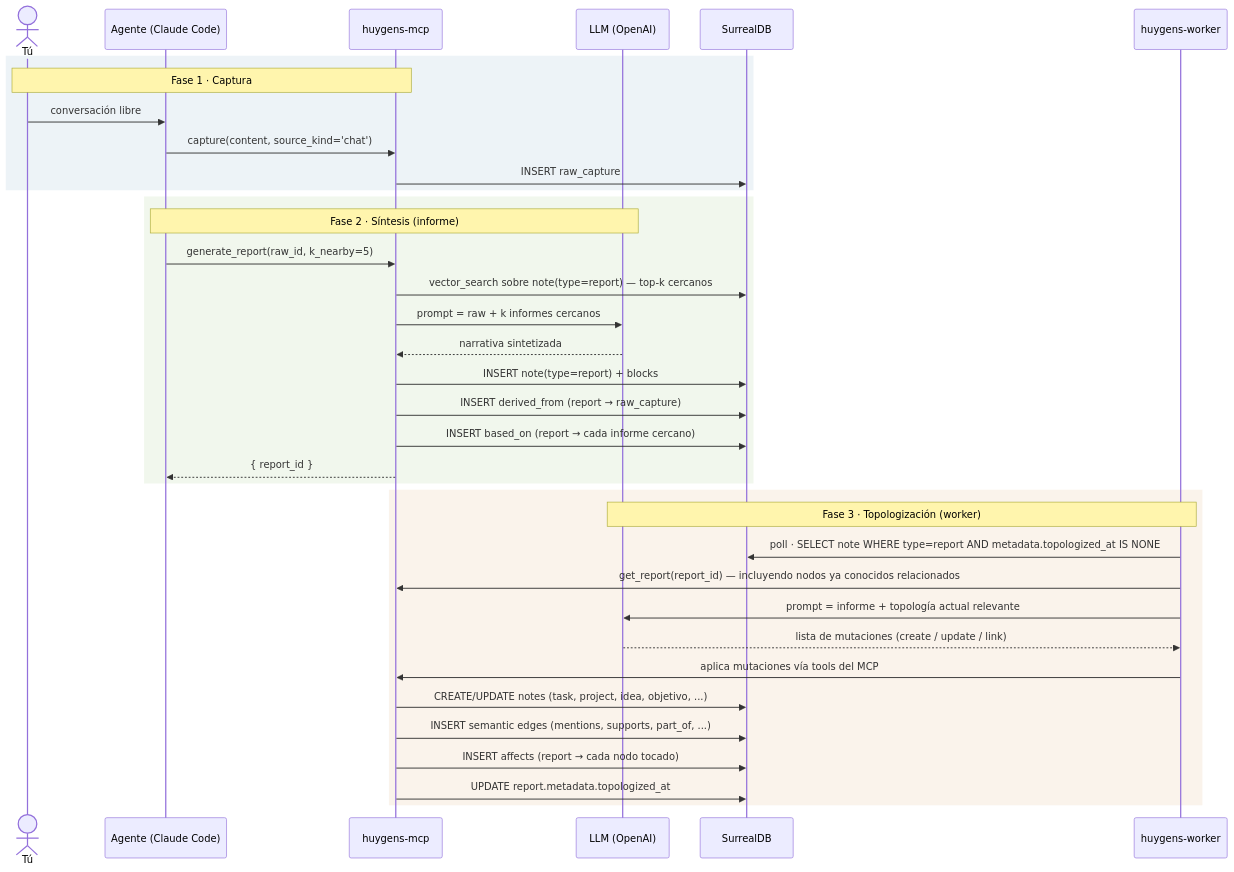
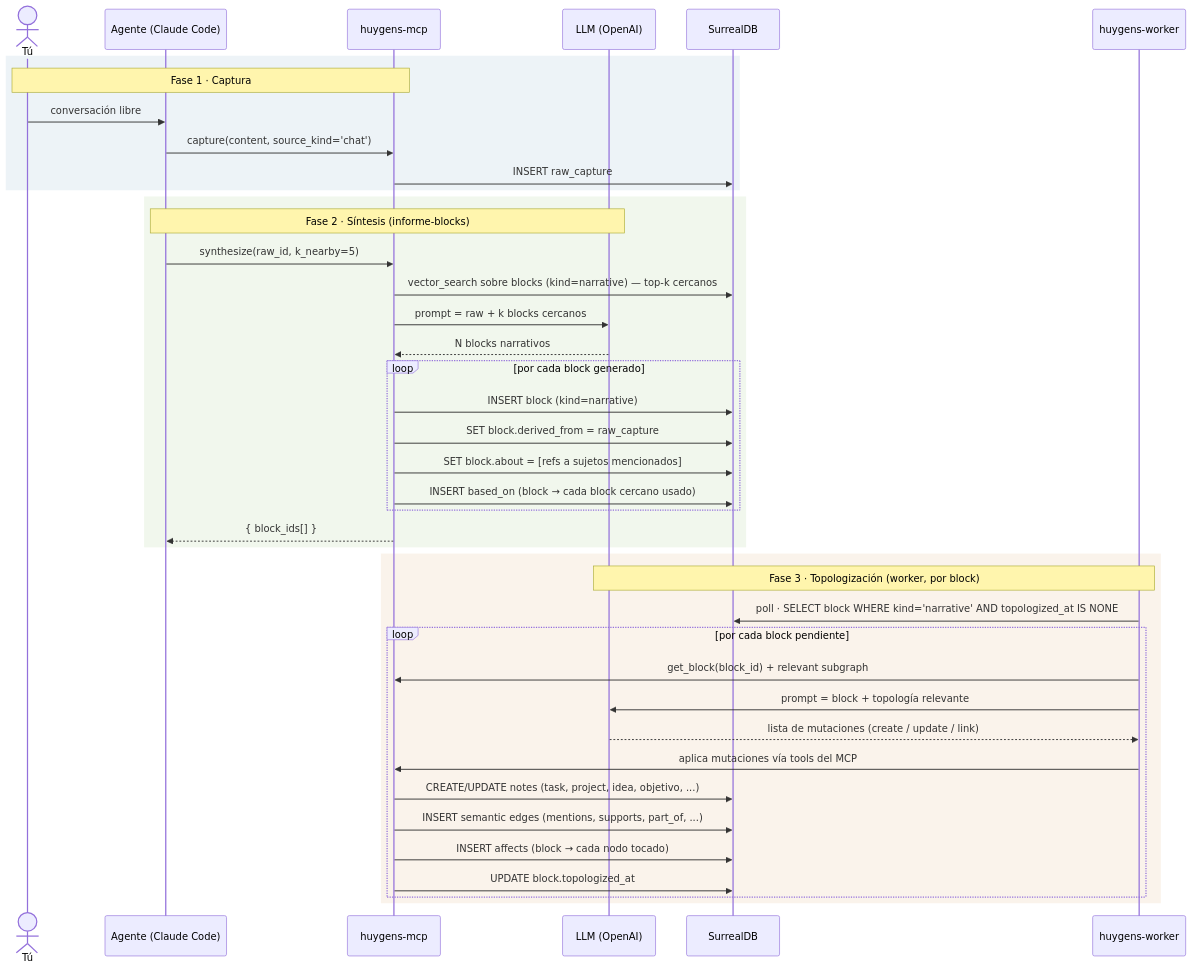
One commit to Zetesis-Labs/Huygens changed the diagram in docs/MODEL.md. Above: the diagram before and after it, drawn with Mermaid. The commit also changed other lines of this file and 1 other file, not shown here.

First line of the commit message:
docs(model): refine MODEL.md to v2.1 — informes-as-blocks, 8 note_types

````diff
--- a/docs/MODEL.md
+++ b/docs/MODEL.md
@@ -17,41 +17,46 @@
 ```mermaid
 sequenceDiagram
     actor U as Tú
     participant A as Agente (Claude Code)
     participant M as huygens-mcp
     participant L as LLM (OpenAI)
     participant D as SurrealDB
     participant W as huygens-worker
 
     rect rgba(80,140,180,0.10)
         Note over U,M: Fase 1 · Captura
         U->>A: conversación libre
         A->>M: capture(content, source_kind='chat')
         M->>D: INSERT raw_capture
     end
 
     rect rgba(120,180,80,0.10)
-        Note over A,L: Fase 2 · Síntesis (informe)
-        A->>M: generate_report(raw_id, k_nearby=5)
-        M->>D: vector_search sobre note(type=report) — top-k cercanos
-        M->>L: prompt = raw + k informes cercanos
-        L-->>M: narrativa sintetizada
-        M->>D: INSERT note(type=report) + blocks
-        M->>D: INSERT derived_from (report → raw_capture)
-        M->>D: INSERT based_on (report → cada informe cercano)
-        M-->>A: { report_id }
+        Note over A,L: Fase 2 · Síntesis (informe-blocks)
+        A->>M: synthesize(raw_id, k_nearby=5)
+        M->>D: vector_search sobre blocks (kind=narrative) — top-k cercanos
+        M->>L: prompt = raw + k blocks cercanos
+        L-->>M: N blocks narrativos
+        loop por cada block generado
+            M->>D: INSERT block (kind=narrative)
+            M->>D: SET block.derived_from = raw_capture
+            M->>D: SET block.about = [refs a sujetos mencionados]
+            M->>D: INSERT based_on (block → cada block cercano usado)
+        end
+        M-->>A: { block_ids[] }
     end
 
     rect rgba(200,140,60,0.10)
-        Note over W,L: Fase 3 · Topologización (worker)
-        W->>D: poll · SELECT note WHERE type=report AND metadata.topologized_at IS NONE
-        W->>M: get_report(report_id) — incluyendo nodos ya conocidos relacionados
-        W->>L: prompt = informe + topología actual relevante
-        L-->>W: lista de mutaciones (create / update / link)
-        W->>M: aplica mutaciones vía tools del MCP
-        M->>D: CREATE/UPDATE notes (task, project, idea, objetivo, ...)
-        M->>D: INSERT semantic edges (mentions, supports, part_of, ...)
-        M->>D: INSERT affects (report → cada nodo tocado)
-        M->>D: UPDATE report.metadata.topologized_at
+        Note over W,L: Fase 3 · Topologización (worker, por block)
+        W->>D: poll · SELECT block WHERE kind='narrative' AND topologized_at IS NONE
+        loop por cada block pendiente
+            W->>M: get_block(block_id) + relevant subgraph
+            W->>L: prompt = block + topología relevante
+            L-->>W: lista de mutaciones (create / update / link)
+            W->>M: aplica mutaciones vía tools del MCP
+            M->>D: CREATE/UPDATE notes (task, project, idea, objetivo, ...)
+            M->>D: INSERT semantic edges (mentions, supports, part_of, ...)
+            M->>D: INSERT affects (block → cada nodo tocado)
+            M->>D: UPDATE block.topologized_at
+        end
     end
 ```
````
